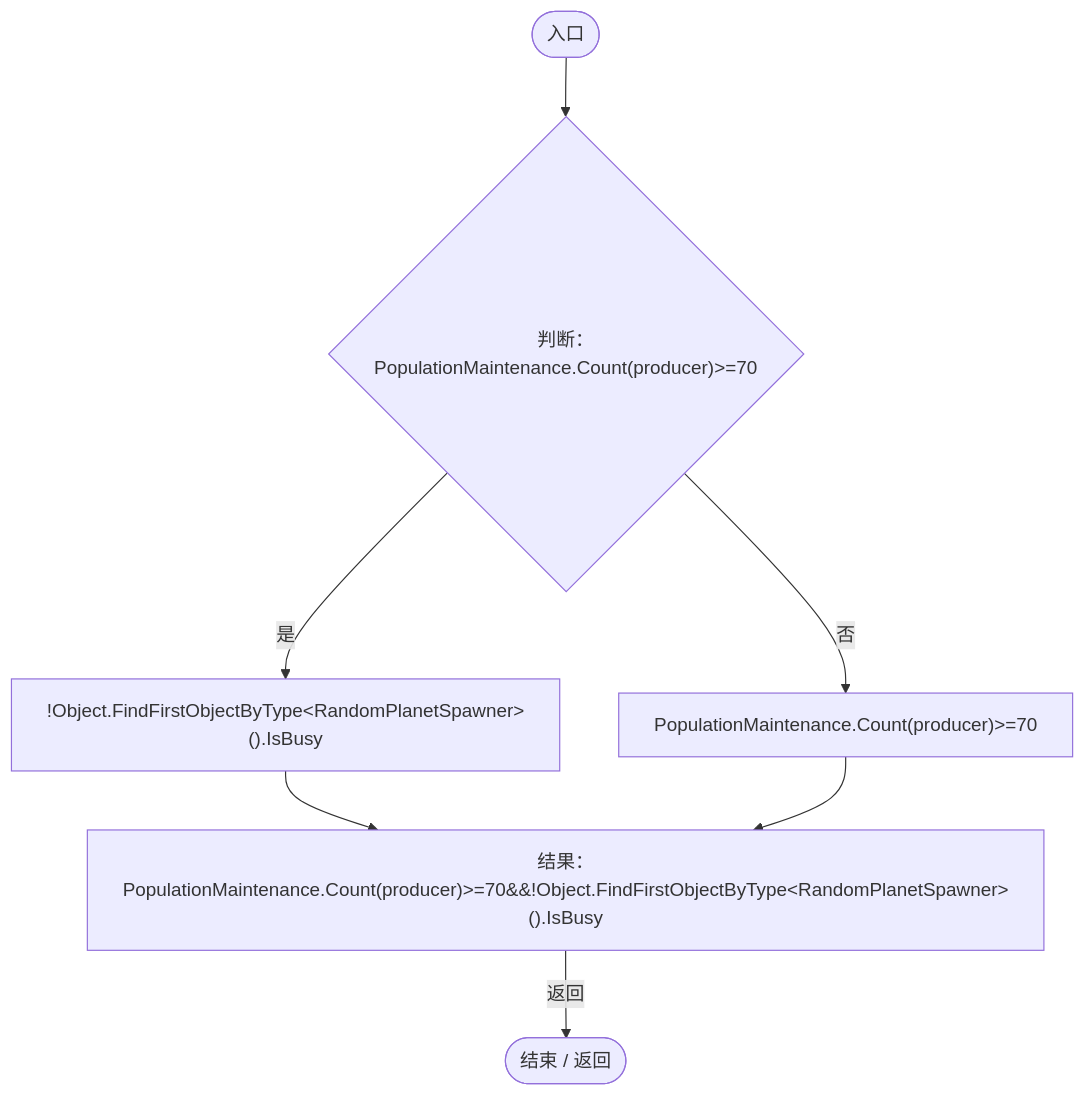
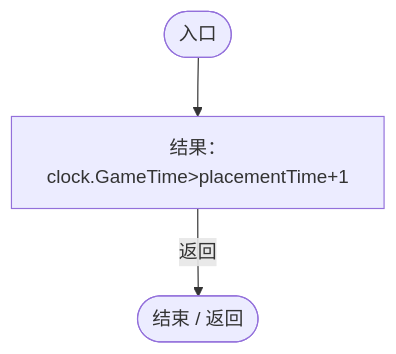
One commit to xhs6666/Darwin_paradise changed diagram 27 of 51 in Docs/运行流程图/脚本/9386360ce717a3bf.md. Above: the diagram before and after it, drawn with Mermaid. The commit also changed other lines of this file and 114 other files, not shown here.

````diff
--- a/Docs/运行流程图/脚本/9386360ce717a3bf.md
+++ b/Docs/运行流程图/脚本/9386360ce717a3bf.md
@@ -1070,16 +1079,9 @@
 ```mermaid
 flowchart TD
   b0(["入口"])
-  b1{"判断：PopulationMaintenance.Count(producer)&gt;=70"}
-  b2["!Object.FindFirstObjectByType&lt;RandomPlanetSpawner&gt;().IsBusy"]
-  b3["PopulationMaintenance.Count(producer)&gt;=70"]
-  b4["结果：PopulationMaintenance.Count(producer)&gt;=70&amp;&amp;!Object.FindFirstObjectByType&lt;RandomPlanetSpawner&gt;().IsBusy"]
-  b5(["结束 / 返回"])
+  b1["结果：clock.GameTime&gt;placementTime+1"]
+  b2(["结束 / 返回"])
   b0 --> b1
-  b1 -->|"是"| b2
-  b1 -->|"否"| b3
-  b2 --> b4
-  b3 --> b4
-  b4 -->|"返回"| b5
+  b1 -->|"返回"| b2
 
 ```
````
